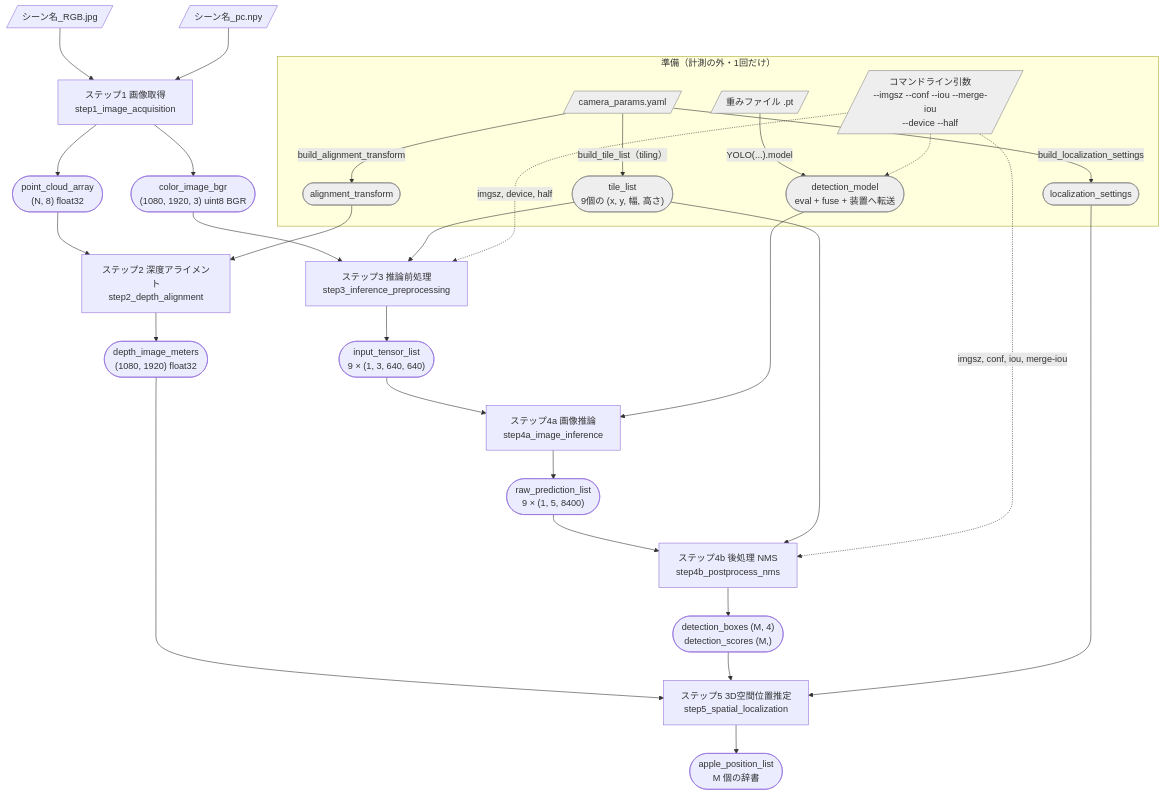
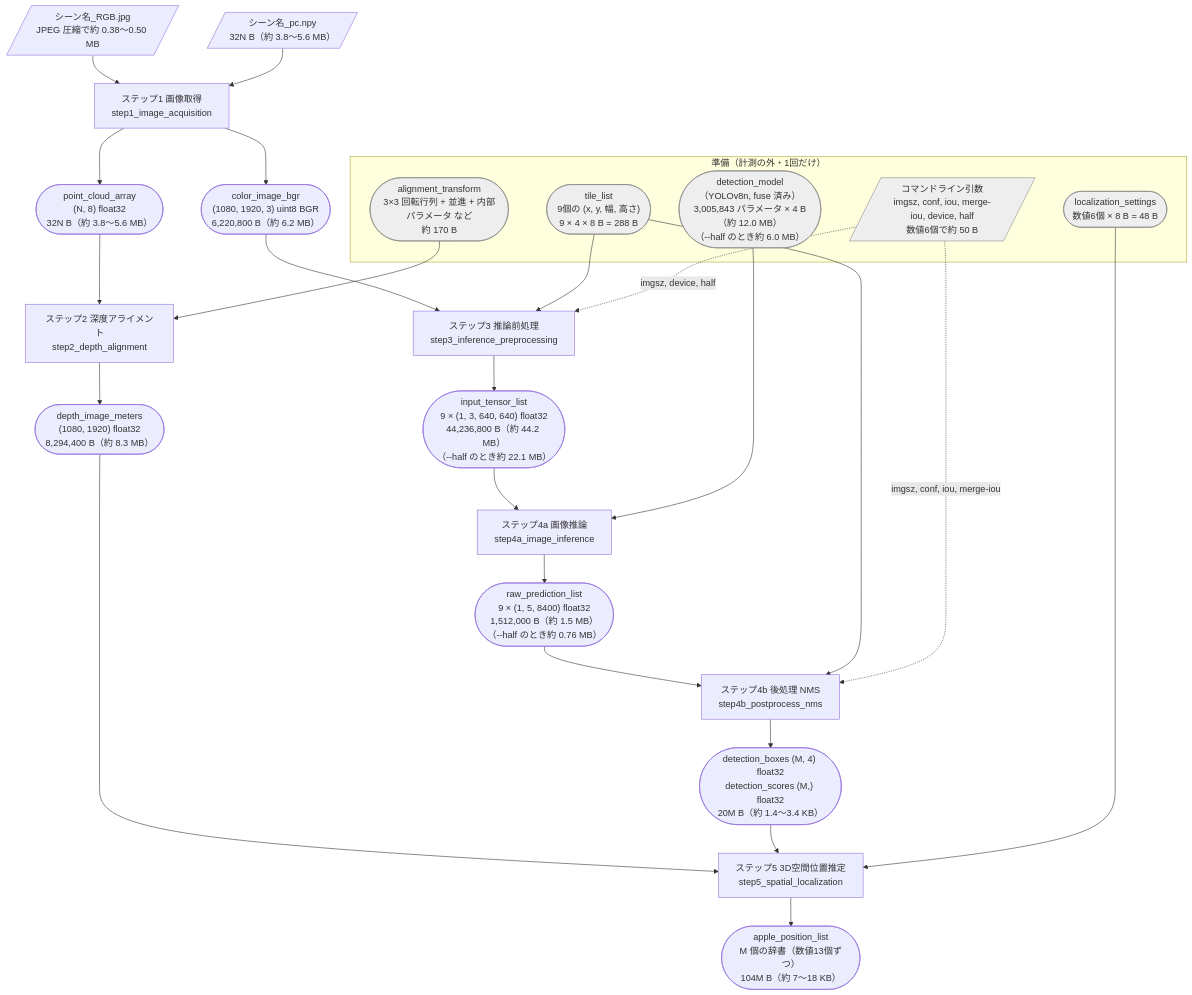
Before and after one commit to Hanibuchi/harvest_nn: the first of 4 diagrams in docs/measure_centralized_dependencies.md, drawn with Mermaid. The commit also changed other lines of this file, not shown here.

Commit message:
データの流れの図に各データの大きさを追記
依存関係の図のデータの流れに、各データの中身の実質的な大きさ
（要素数 × 1要素のバイト数）を追記した。点群の点数 N と検出数 M は
手元のデータの範囲と中央値を併記した。

準備の部分はステップに直接渡るデータだけに絞り、camera_params.yaml や
重みファイルからそれらを作る過程は省略した。

````diff
--- a/docs/measure_centralized_dependencies.md
+++ b/docs/measure_centralized_dependencies.md
@@ -13,70 +21,63 @@
 ```mermaid
 flowchart TD
-    %% ---- 計測の外で1回だけ準備するもの ----
+    %% ---- 計測の外で1回だけ準備するもの（ステップに直接渡るものだけ） ----
     subgraph PREP["準備（計測の外・1回だけ）"]
-        YAML[/"camera_params.yaml"/]
-        WEIGHTS[/"重みファイル .pt"/]
-        ARGS[/"コマンドライン引数<br/>--imgsz --conf --iou --merge-iou<br/>--device --half"/]
-        AT(["alignment_transform"])
-        LS(["localization_settings"])
-        TL(["tile_list<br/>9個の (x, y, 幅, 高さ)"])
-        MODEL(["detection_model<br/>eval + fuse + 装置へ転送"])
-        YAML -->|build_alignment_transform| AT
-        YAML -->|build_localization_settings| LS
-        YAML -->|"build_tile_list（tiling）"| TL
-        WEIGHTS -->|"YOLO(...).model"| MODEL
-        ARGS -.-> MODEL
+        ARGS[/"コマンドライン引数<br/>imgsz, conf, iou, merge-iou, device, half<br/>数値6個で約 50 B"/]
+        AT(["alignment_transform<br/>3×3 回転行列 + 並進 + 内部パラメータ など<br/>約 170 B"])
+        LS(["localization_settings<br/>数値6個 × 8 B = 48 B"])
+        TL(["tile_list<br/>9個の (x, y, 幅, 高さ)<br/>9 × 4 × 8 B = 288 B"])
+        MODEL(["detection_model（YOLOv8n, fuse 済み）<br/>3,005,843 パラメータ × 4 B（約 12.0 MB）<br/>（--half のとき約 6.0 MB）"])
     end
 
     %% ---- 入力ファイル ----
-    JPG[/"シーン名_RGB.jpg"/]
-    NPY[/"シーン名_pc.npy"/]
+    JPG[/"シーン名_RGB.jpg<br/>JPEG 圧縮で約 0.38〜0.50 MB"/]
+    NPY[/"シーン名_pc.npy<br/>32N B（約 3.8〜5.6 MB）"/]
 
     %% ---- ステップ1〜5 ----
     S1["ステップ1 画像取得<br/>step1_image_acquisition"]
     S2["ステップ2 深度アライメント<br/>step2_depth_alignment"]
     S3["ステップ3 推論前処理<br/>step3_inference_preprocessing"]
     S4A["ステップ4a 画像推論<br/>step4a_image_inference"]
     S4B["ステップ4b 後処理 NMS<br/>step4b_postprocess_nms"]
     S5["ステップ5 3D空間位置推定<br/>step5_spatial_localization"]
 
     %% ---- 中間データ ----
-    COLOR(["color_image_bgr<br/>(1080, 1920, 3) uint8 BGR"])
-    PC(["point_cloud_array<br/>(N, 8) float32"])
-    DEPTH(["depth_image_meters<br/>(1080, 1920) float32"])
-    TENSORS(["input_tensor_list<br/>9 × (1, 3, 640, 640)"])
-    RAW(["raw_prediction_list<br/>9 × (1, 5, 8400)"])
-    BOXES(["detection_boxes (M, 4)<br/>detection_scores (M,)"])
-    APPLES(["apple_position_list<br/>M 個の辞書"])
+    COLOR(["color_image_bgr<br/>(1080, 1920, 3) uint8 BGR<br/>6,220,800 B（約 6.2 MB）"])
+    PC(["point_cloud_array<br/>(N, 8) float32<br/>32N B（約 3.8〜5.6 MB）"])
+    DEPTH(["depth_image_meters<br/>(1080, 1920) float32<br/>8,294,400 B（約 8.3 MB）"])
+    TENSORS(["input_tensor_list<br/>9 × (1, 3, 640, 640) float32<br/>44,236,800 B（約 44.2 MB）<br/>（--half のとき約 22.1 MB）"])
+    RAW(["raw_prediction_list<br/>9 × (1, 5, 8400) float32<br/>1,512,000 B（約 1.5 MB）<br/>（--half のとき約 0.76 MB）"])
+    BOXES(["detection_boxes (M, 4) float32<br/>detection_scores (M,) float32<br/>20M B（約 1.4〜3.4 KB）"])
+    APPLES(["apple_position_list<br/>M 個の辞書（数値13個ずつ）<br/>104M B（約 7〜18 KB）"])
 
     JPG --> S1
     NPY --> S1
     S1 --> COLOR
     S1 --> PC
 
     PC --> S2
     AT --> S2
     S2 --> DEPTH
 
     COLOR --> S3
     TL --> S3
     ARGS -.->|"imgsz, device, half"| S3
     S3 --> TENSORS
 
     TENSORS --> S4A
     MODEL --> S4A
     S4A --> RAW
 
     RAW --> S4B
     TL --> S4B
     ARGS -.->|"imgsz, conf, iou, merge-iou"| S4B
     S4B --> BOXES
 
     DEPTH --> S5
     BOXES --> S5
     LS --> S5
     S5 --> APPLES
 
     classDef prep fill:#eeeeee,stroke:#888888,color:#333333
-    class YAML,WEIGHTS,ARGS,AT,LS,TL,MODEL prep
+    class ARGS,AT,LS,TL,MODEL prep
 ```
````
